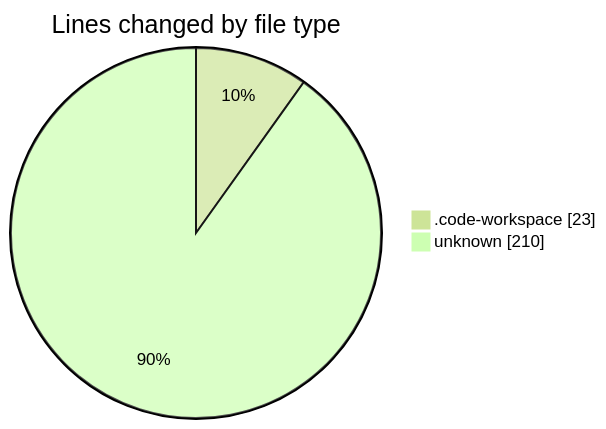
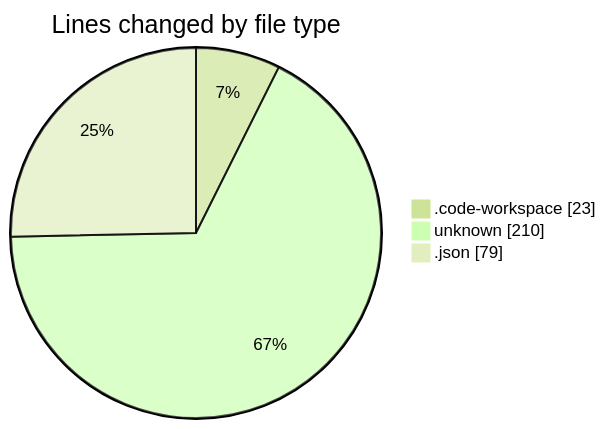
One commit to jadenblack/code-tracking changed the first of 2 diagrams in 2026-03-02/shadcn-admin-kit-main__workspace_/README.md. Above: the diagram before and after it, drawn with Mermaid (forest theme). The commit also changed other lines of this file and 1 other file, not shown here.

````diff
--- a/2026-03-02/shadcn-admin-kit-main__workspace_/README.md
+++ b/2026-03-02/shadcn-admin-kit-main__workspace_/README.md
@@ -23,6 +24,7 @@
 ```mermaid
 pie showData
 title Lines changed by file type
 ".code-workspace" : 23
 "unknown" : 210
+".json" : 79
 ```
````
